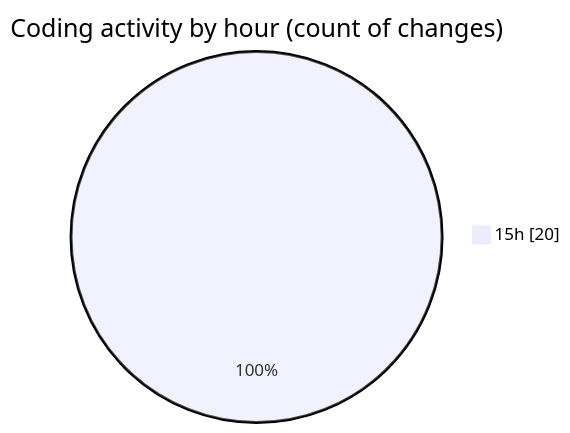
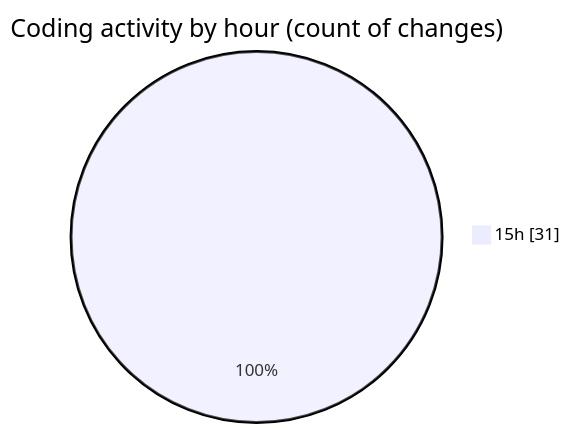
The second of 2 diagrams in 2025-05-10/elitesun/README.md (Elitesun/code-tracking), drawn with Mermaid before and after one commit. The commit also changed other lines of this file and 1 other file, not shown here.

````diff
--- a/2025-05-10/elitesun/README.md
+++ b/2025-05-10/elitesun/README.md
@@ -38,5 +45,5 @@
 ```mermaid
 pie showData
 title Coding activity by hour (count of changes)
-"15h" : 20
+"15h" : 31
 ```
````
